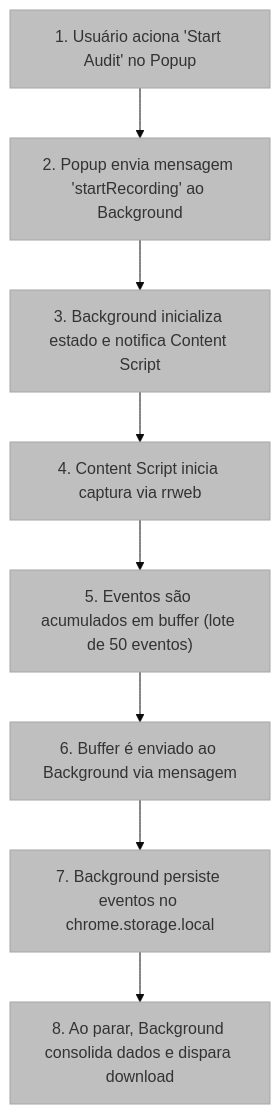
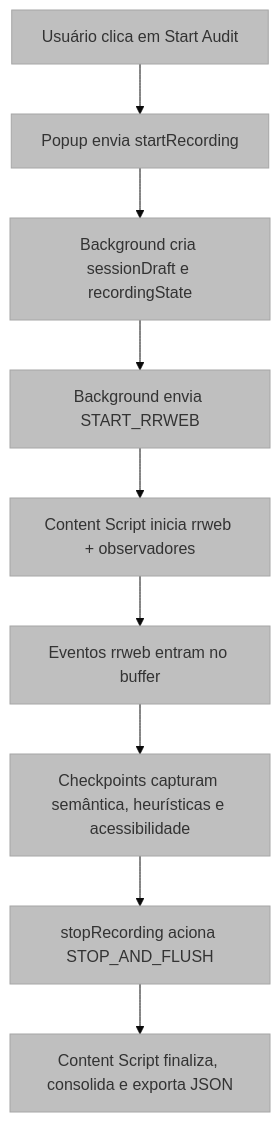
One commit to marcus-v-rodrigues/ux-auditor-extension changed the second of 2 diagrams in docs/00-visao-geral-sistema.md. Above: the diagram before and after it, drawn with Mermaid. The commit also changed other lines of this file and 7 other files, not shown here.

````diff
--- a/docs/00-visao-geral-sistema.md
+++ b/docs/00-visao-geral-sistema.md
@@ -70,14 +95,15 @@
 ```mermaid
 %%{init: {'theme': 'base', 'themeVariables': { 'primaryColor': '#bfbfbf', 'edgeColor': '#5d5d5d' }, "flowchart": {"subGraphTitleMargin": {"bottom": 30}}}}%%
 flowchart TD
-    A["1. Usuário aciona 'Start Audit' no Popup"]
-    B["2. Popup envia mensagem 'startRecording' ao Background"]
-    C["3. Background inicializa estado e notifica Content Script"]
-    D["4. Content Script inicia captura via rrweb"]
-    E["5. Eventos são acumulados em buffer (lote de 50 eventos)"]
-    F["6. Buffer é enviado ao Background via mensagem"]
-    G["7. Background persiste eventos no chrome.storage.local"]
-    H["8. Ao parar, Background consolida dados e dispara download"]
-    
-    A --> B --> C --> D --> E --> F --> G --> H
+    A["Usuário clica em Start Audit"]
+    B["Popup envia startRecording"]
+    C["Background cria sessionDraft e recordingState"]
+    D["Background envia START_RRWEB"]
+    E["Content Script inicia rrweb + observadores"]
+    F["Eventos rrweb entram no buffer"]
+    G["Checkpoints capturam semântica, heurísticas e acessibilidade"]
+    H["stopRecording aciona STOP_AND_FLUSH"]
+    I["Content Script finaliza, consolida e exporta JSON"]
+
+    A --> B --> C --> D --> E --> F --> G --> H --> I
 ```
````
